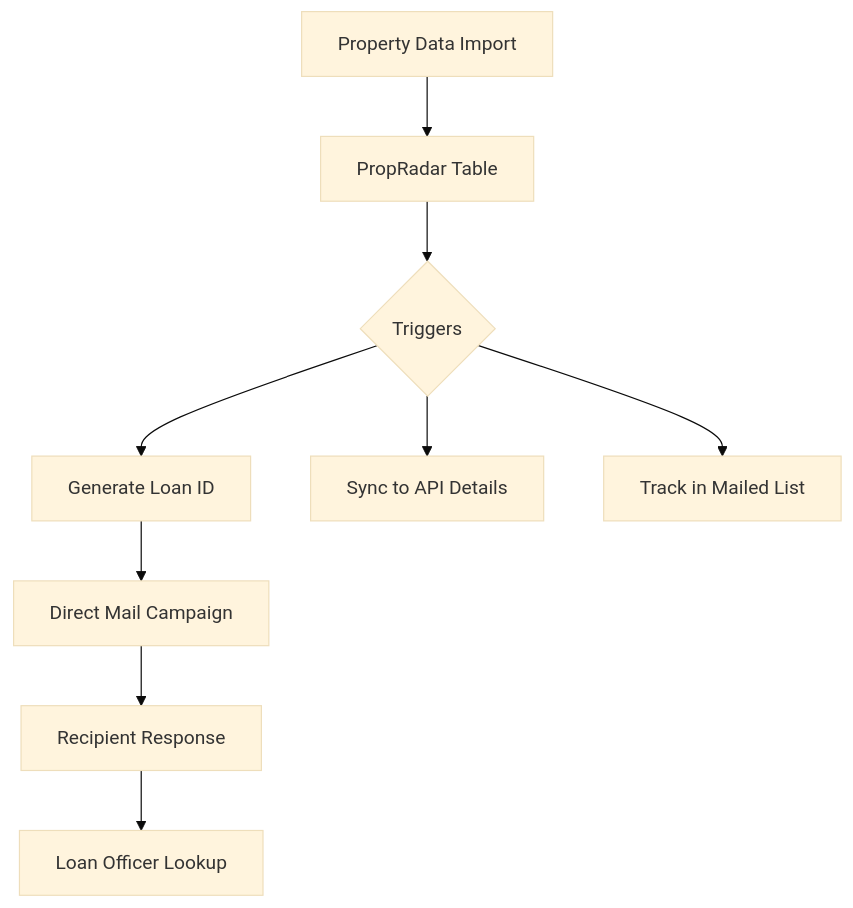
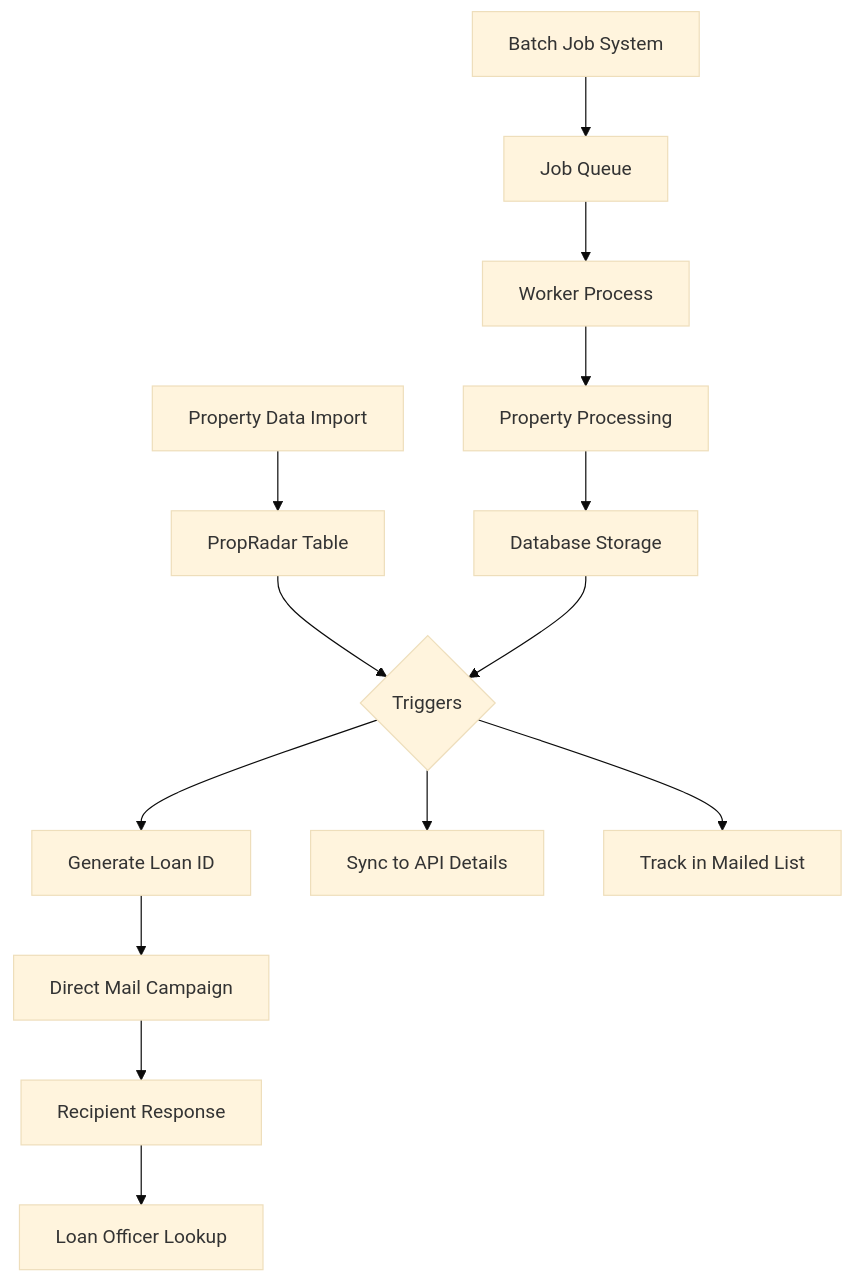
The first of 2 diagrams in memory-bank/systemPatterns.md (sboggsEHL/Mail_Machine), drawn with Mermaid (base theme) before and after one commit. The commit also changed other lines of this file and 49 other files, not shown here.

````diff
--- a/memory-bank/systemPatterns.md
+++ b/memory-bank/systemPatterns.md
@@ -6,11 +6,17 @@
 ```mermaid
 flowchart TD
     A[Property Data Import] --> B[PropRadar Table]
     B --> C{Triggers}
     C --> D[Generate Loan ID]
     C --> E[Sync to API Details]
     C --> F[Track in Mailed List]
     D --> G[Direct Mail Campaign]
     G --> H[Recipient Response]
     H --> I[Loan Officer Lookup]
+    
+    J[Batch Job System] --> K[Job Queue]
+    K --> L[Worker Process]
+    L --> M[Property Processing]
+    M --> N[Database Storage]
+    N --> C
 ```
````
